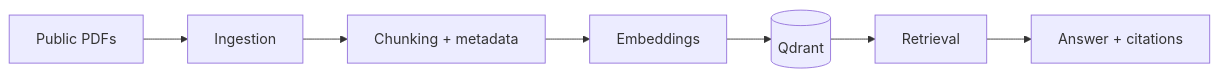
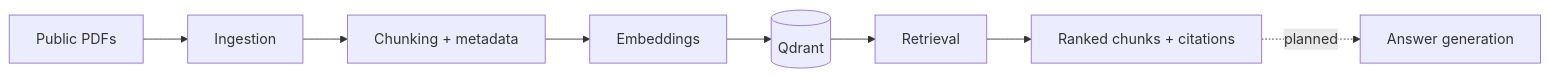
Before and after one commit to MayankYadav-ds/enterprise-rag-agent: the first of 3 diagrams in docs/ARCHITECTURE.md, drawn with Mermaid. The commit also changed other lines of this file and 26 other files, not shown here.

````diff
--- a/docs/ARCHITECTURE.md
+++ b/docs/ARCHITECTURE.md
@@ -8,9 +8,10 @@
 ```mermaid
 flowchart LR
     D[Public PDFs] --> I[Ingestion]
     I --> C[Chunking + metadata]
     C --> E[Embeddings]
     E --> Q[(Qdrant)]
     Q --> R[Retrieval]
-    R --> A[Answer + citations]
+    R --> A[Ranked chunks + citations]
+    A -. planned .-> G[Answer generation]
 ```
````
